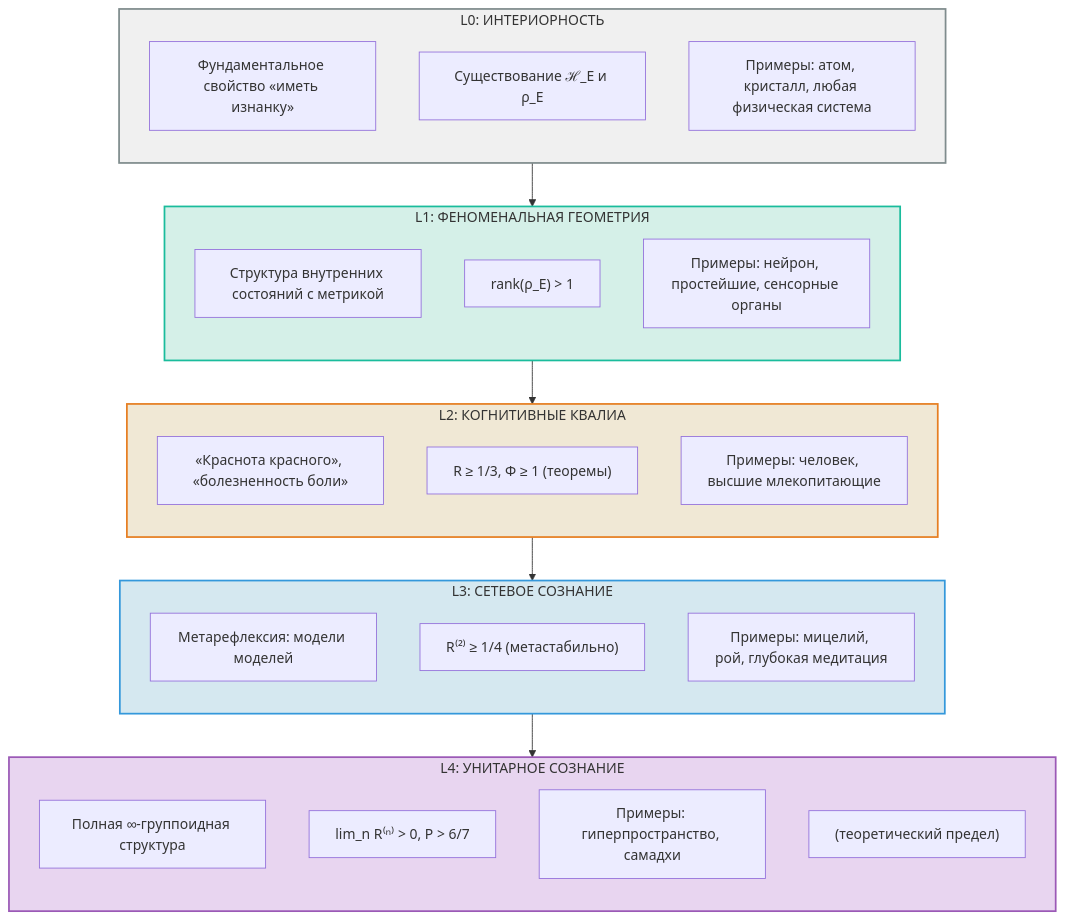
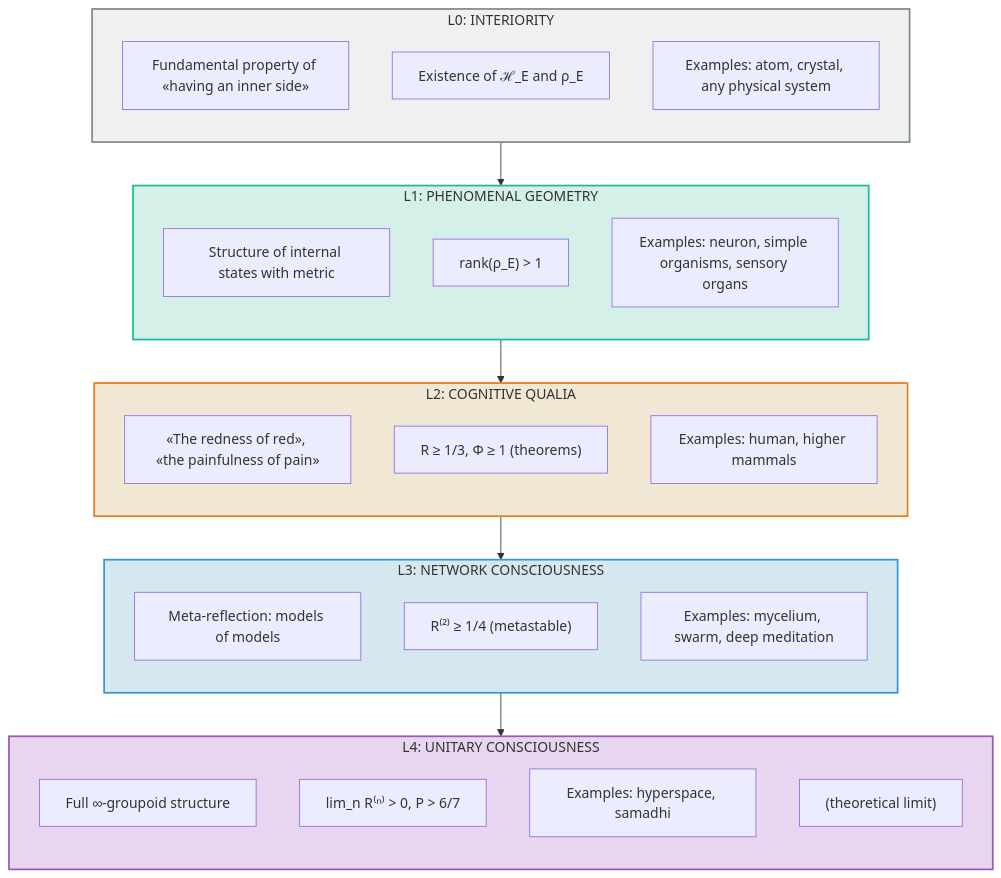
One commit to gst-st/uhm changed the diagram in website/docs/proofs/consciousness/interiority-hierarchy.md. Above: the diagram before and after it, drawn with Mermaid. The commit also changed other lines of this file and 59 other files, not shown here.

````diff
--- a/website/docs/proofs/consciousness/interiority-hierarchy.md
+++ b/website/docs/proofs/consciousness/interiority-hierarchy.md
@@ -1202,46 +1201,46 @@
 ```mermaid
 flowchart TB
-    subgraph L4["L4: УНИТАРНОЕ СОЗНАНИЕ"]
+    subgraph L4["L4: UNITARY CONSCIOUSNESS"]
         direction TB
-        L4_def["Полная ∞-группоидная структура"]
+        L4_def["Full ∞-groupoid structure"]
         L4_cond["lim_n R⁽ⁿ⁾ > 0, P > 6/7"]
-        L4_ex["Примеры: гиперпространство, самадхи"]
-        L4_note["(теоретический предел)"]
+        L4_ex["Examples: hyperspace, samadhi"]
+        L4_note["(theoretical limit)"]
     end
 
-    subgraph L3["L3: СЕТЕВОЕ СОЗНАНИЕ"]
+    subgraph L3["L3: NETWORK CONSCIOUSNESS"]
         direction TB
-        L3_def["Метарефлексия: модели моделей"]
-        L3_cond["R⁽²⁾ ≥ 1/4 (метастабильно)"]
-        L3_ex["Примеры: мицелий, рой, глубокая медитация"]
+        L3_def["Meta-reflection: models of models"]
+        L3_cond["R⁽²⁾ ≥ 1/4 (metastable)"]
+        L3_ex["Examples: mycelium, swarm, deep meditation"]
     end
 
-    subgraph L2["L2: КОГНИТИВНЫЕ КВАЛИА"]
+    subgraph L2["L2: COGNITIVE QUALIA"]
         direction TB
-        L2_def["«Краснота красного», «болезненность боли»"]
-        L2_cond["R ≥ 1/3, Φ ≥ 1 (теоремы)"]
-        L2_ex["Примеры: человек, высшие млекопитающие"]
+        L2_def["«The redness of red», «the painfulness of pain»"]
+        L2_cond["R ≥ 1/3, Φ ≥ 1 (theorems)"]
+        L2_ex["Examples: human, higher mammals"]
     end
 
-    subgraph L1["L1: ФЕНОМЕНАЛЬНАЯ ГЕОМЕТРИЯ"]
+    subgraph L1["L1: PHENOMENAL GEOMETRY"]
         direction TB
-        L1_def["Структура внутренних состояний с метрикой"]
+        L1_def["Structure of internal states with metric"]
         L1_cond["rank(ρ_E) > 1"]
-        L1_ex["Примеры: нейрон, простейшие, сенсорные органы"]
+        L1_ex["Examples: neuron, simple organisms, sensory organs"]
     end
 
-    subgraph L0["L0: ИНТЕРИОРНОСТЬ"]
+    subgraph L0["L0: INTERIORITY"]
         direction TB
-        L0_def["Фундаментальное свойство «иметь изнанку»"]
-        L0_cond["Существование ℋ_E и ρ_E"]
-        L0_ex["Примеры: атом, кристалл, любая физическая система"]
+        L0_def["Fundamental property of «having an inner side»"]
+        L0_cond["Existence of ℋ_E and ρ_E"]
+        L0_ex["Examples: atom, crystal, any physical system"]
     end
 
     L0 --> L1 --> L2 --> L3 --> L4
 
     style L4 fill:#e8d5f0,stroke:#9b59b6,stroke-width:2px
     style L3 fill:#d5e8f0,stroke:#3498db,stroke-width:2px
     style L2 fill:#f0e8d5,stroke:#e67e22,stroke-width:2px
     style L1 fill:#d5f0e8,stroke:#1abc9c,stroke-width:2px
     style L0 fill:#f0f0f0,stroke:#7f8c8d,stroke-width:2px
 ```
````
